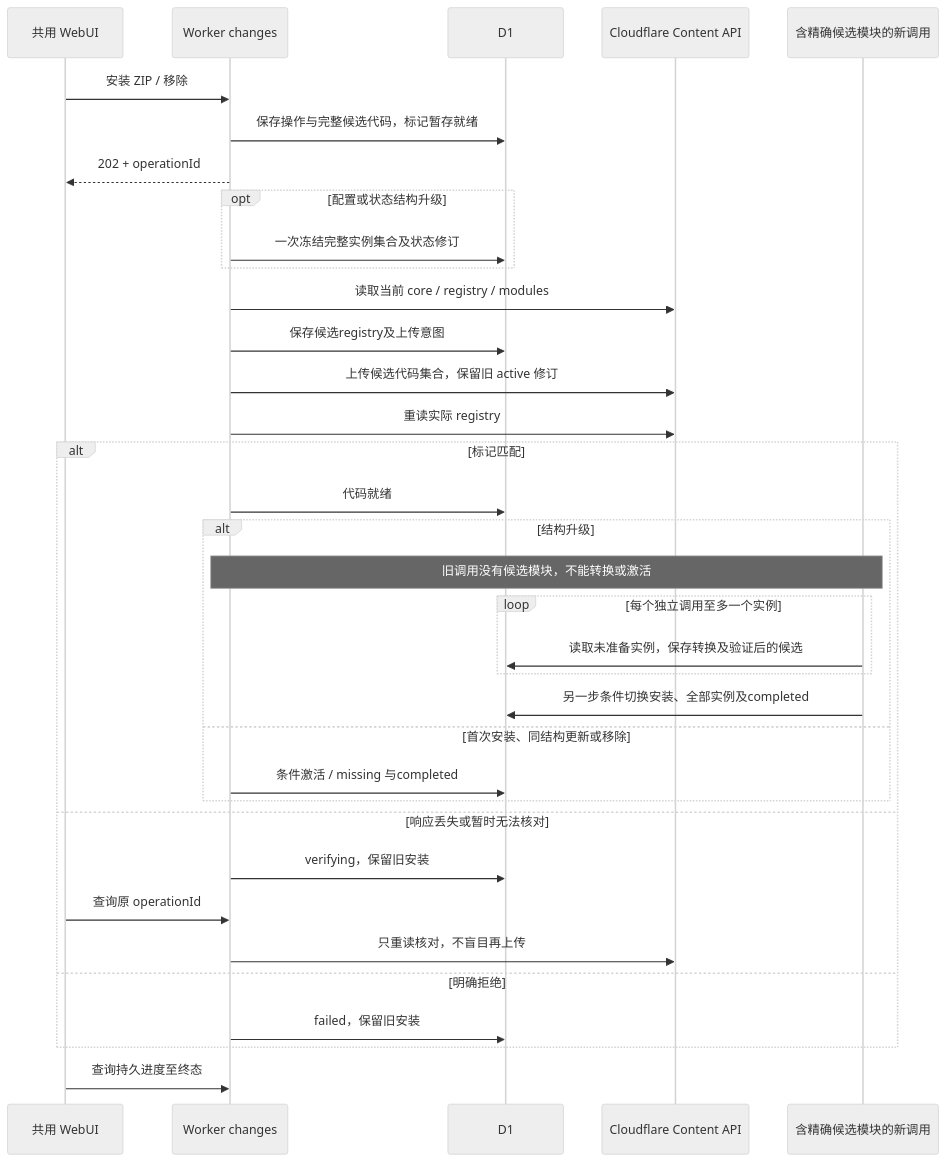
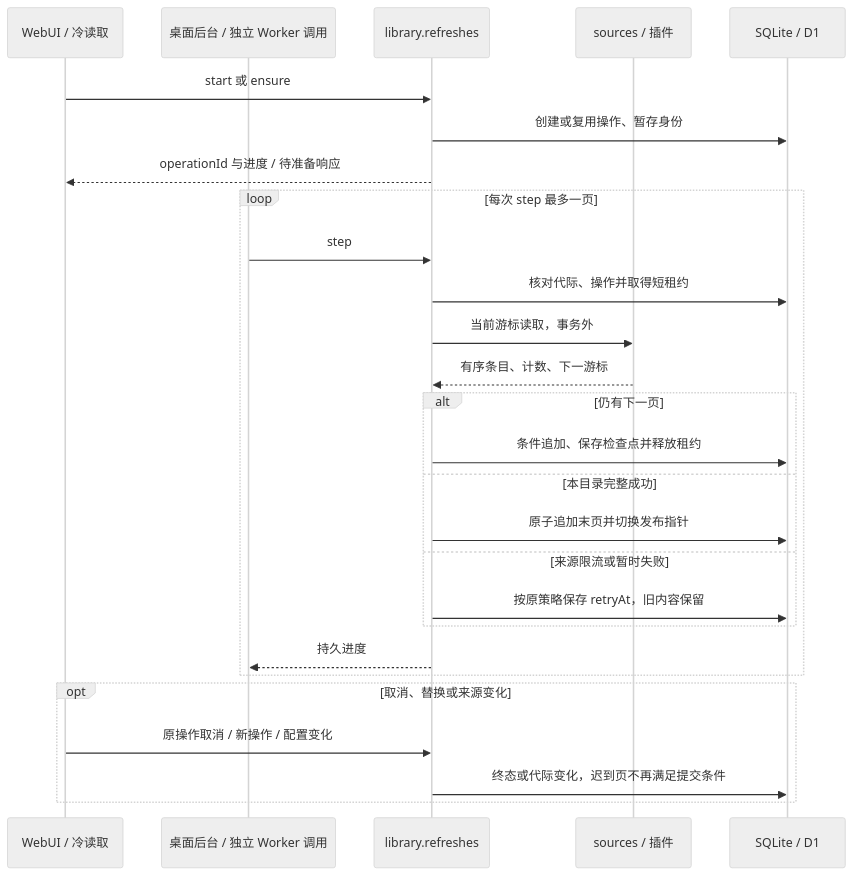
Before and after one commit to shengyusi-SYS/musicfs: the fourth of 13 diagrams in docs/architecture/diagrams.md, drawn with Mermaid (neutral theme). The commit also changed other lines of this file and 23 other files, not shown here.

Commit message:
docs: consolidate MusicFS architecture and reusable lessons

````diff
--- a/docs/architecture/diagrams.md
+++ b/docs/architecture/diagrams.md
@@ -91,37 +79,29 @@
 ```mermaid
 sequenceDiagram
-  participant U as 共用 WebUI
-  participant H as Worker changes
-  participant D as D1
-  participant C as Cloudflare Content API
-  participant N as 含精确候选模块的新调用
-  U->>H: 安装 ZIP / 移除
-  H->>D: 保存操作与完整候选代码，标记暂存就绪
-  H-->>U: 202 + operationId
-  opt 配置或状态结构升级
-    H->>D: 一次冻结完整实例集合及状态修订
+  participant U as WebUI / 冷读取
+  participant H as 桌面后台 / 独立 Worker 调用
+  participant L as library.refreshes
+  participant P as sources / 插件
+  participant DB as SQLite / D1
+  U->>L: start 或 ensure
+  L->>DB: 创建或复用操作、暂存身份
+  L-->>U: operationId 与进度 / 待准备响应
+  loop 每次 step 最多一页
+    H->>L: step
+    L->>DB: 核对代际、操作并取得短租约
+    L->>P: 当前游标读取，事务外
+    P-->>L: 有序条目、计数、下一游标
+    alt 仍有下一页
+      L->>DB: 条件追加、保存检查点并释放租约
+    else 本目录完整成功
+      L->>DB: 原子追加末页并切换发布指针
+    else 来源限流或暂时失败
+      L->>DB: 按原策略保存 retryAt，旧内容保留
+    end
+    L-->>H: 持久进度
   end
-  H->>C: 读取当前 core / registry / modules
-  H->>D: 保存候选registry及上传意图
-  H->>C: 上传候选代码集合，保留旧 active 修订
-  H->>C: 重读实际 registry
-  alt 标记匹配
-    H->>D: 代码就绪
-    alt 结构升级
-      Note over H,N: 旧调用没有候选模块，不能转换或激活
-      loop 每个独立调用至多一个实例
-        N->>D: 读取未准备实例，保存转换及验证后的候选
-      end
-      N->>D: 另一步条件切换安装、全部实例及completed
-    else 首次安装、同结构更新或移除
-      H->>D: 条件激活 / missing 与completed
-    end
-  else 响应丢失或暂时无法核对
-    H->>D: verifying，保留旧安装
-    U->>H: 查询原 operationId
-    H->>C: 只重读核对，不盲目再上传
-  else 明确拒绝
-    H->>D: failed，保留旧安装
+  opt 取消、替换或来源变化
+    U->>L: 原操作取消 / 新操作 / 配置变化
+    L->>DB: 终态或代际变化，迟到页不再满足提交条件
   end
-  U->>H: 查询持久进度至终态
 ```
````
